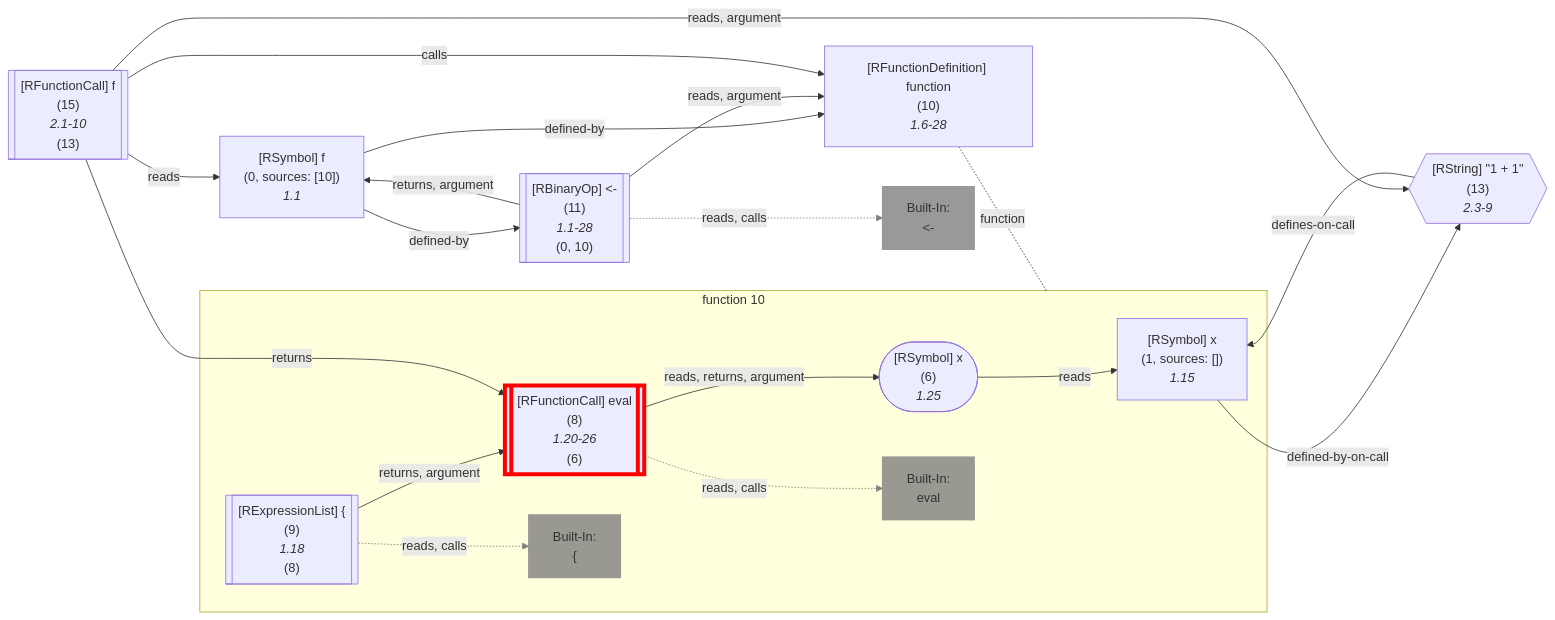
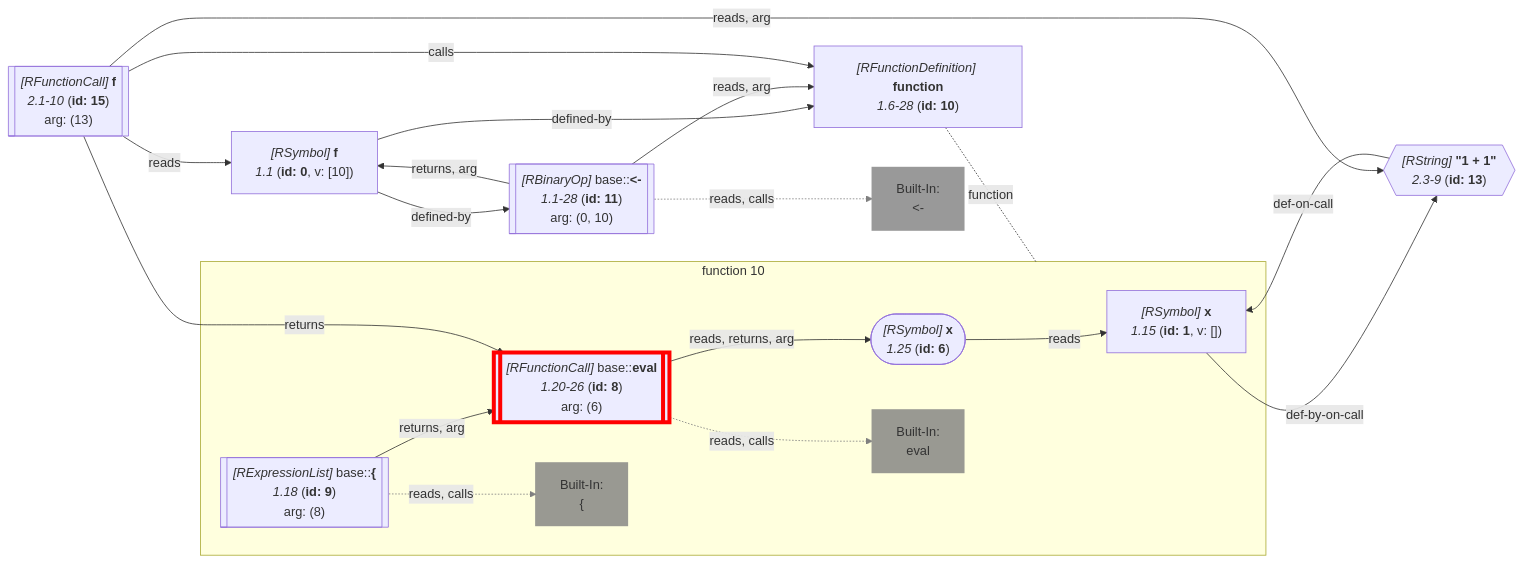
One commit to flowr-analysis/flowr changed the ninth of 21 diagrams in wiki/Query API.md. Above: the diagram before and after it, drawn with Mermaid. The commit also changed other lines of this file and 228 other files, not shown here.

````diff
--- a/wiki/Query API.md
+++ b/wiki/Query API.md
@@ -3911,73 +3861,64 @@
 ```mermaid
 flowchart LR
-    10["`#91;RFunctionDefinition#93; function
-      (10)
-      *1.6-28*`"]
+    10["`*#91;RFunctionDefinition#93;* **function**
+      *1.6-28* (**id: 10**)`"]
 
 subgraph "flow-10" [function 10]
-    1["`#91;RSymbol#93; x
-      (1, sources: [])
-      *1.15*`"]
-    6(["`#91;RSymbol#93; x
-      (6)
-      *1.25*`"])
-    8[["`#91;RFunctionCall#93; eval
-      (8)
-      *1.20-26*
-    (6)`"]]
+    1["`*#91;RSymbol#93;* **x**
+      *1.15* (**id: 1**, v: [])`"]
+    6(["`*#91;RSymbol#93;* **x**
+      *1.25* (**id: 6**)`"])
+    8[["`*#91;RFunctionCall#93;* base#58;#58;**eval**
+      *1.20-26* (**id: 8**)
+    arg: (6)`"]]
     style 8 stroke:red,stroke-width:5px; 
     built-in:eval["`Built-In:
 eval`"]
     style built-in:eval stroke:gray,fill:gray,stroke-width:2px,opacity:.8;
-    9[["`#91;RExpressionList#93; #123;
-      (9)
-      *1.18*
-    (8)`"]]
+    9[["`*#91;RExpressionList#93;* base#58;#58;**#123;**
+      *1.18* (**id: 9**)
+    arg: (8)`"]]
     built-in:_["`Built-In:
 #123;`"]
     style built-in:_ stroke:gray,fill:gray,stroke-width:2px,opacity:.8;
 end
    %% No edges found for 10
-    0["`#91;RSymbol#93; f
-      (0, sources: [10])
-      *1.1*`"]
-    11[["`#91;RBinaryOp#93; #60;#45;
-      (11)
-      *1.1-28*
-    (0, 10)`"]]
+    0["`*#91;RSymbol#93;* **f**
+      *1.1* (**id: 0**, v: [10])`"]
+    11[["`*#91;RBinaryOp#93;* base#58;#58;**#60;#45;**
+      *1.1-28* (**id: 11**)
+    arg: (0, 10)`"]]
     built-in:_-["`Built-In:
 #60;#45;`"]
     style built-in:_- stroke:gray,fill:gray,stroke-width:2px,opacity:.8;
-    13{{"`#91;RString#93; #34;1 #43; 1#34;
-      (13)
-      *2.3-9*`"}}
+    13{{"`*#91;RString#93;* **#34;1 #43; 1#34;**
+      *2.3-9* (**id: 13**)`"}}
     %% Environment of 15 [level: 0]:
     %% Built-in
-    %% 1949----------------------------------------
+    %% 2390----------------------------------------
     %%   f: {**f** (id: 0, type: Function, def. @11)}
-    15[["`#91;RFunctionCall#93; f
-      (15)
-      *2.1-10*
-    (13)`"]]
-    1 -->|"defined-by-on-call"| 13
+    15[["`*#91;RFunctionCall#93;* **f**
+      *2.1-10* (**id: 15**)
+    arg: (13)`"]]
+    1 -->|"def-by-on-call"| 13
     6 -->|"reads"| 1
-    8 -->|"reads, returns, argument"| 6
+    8 -->|"reads, returns, arg"| 6
     8 -.->|"reads, calls"| built-in:eval
     linkStyle 3 stroke:gray;
-    9 -->|"returns, argument"| 8
+    9 -->|"returns, arg"| 8
     9 -.->|"reads, calls"| built-in:_
     linkStyle 5 stroke:gray;
 10 -.-|function| flow-10
 
     0 -->|"defined-by"| 10
     0 -->|"defined-by"| 11
-    11 -->|"reads, argument"| 10
-    11 -->|"returns, argument"| 0
+    11 -->|"reads, arg"| 10
+    11 -->|"returns, arg"| 0
     11 -.->|"reads, calls"| built-in:_-
     linkStyle 11 stroke:gray;
-    13 -->|"defines-on-call"| 1
-    15 -->|"reads, argument"| 13
+    13 -->|"def-on-call"| 1
+    15 -->|"reads, arg"| 13
     15 -->|"reads"| 0
     15 -->|"returns"| 8
     15 -->|"calls"| 10
 ```
````
